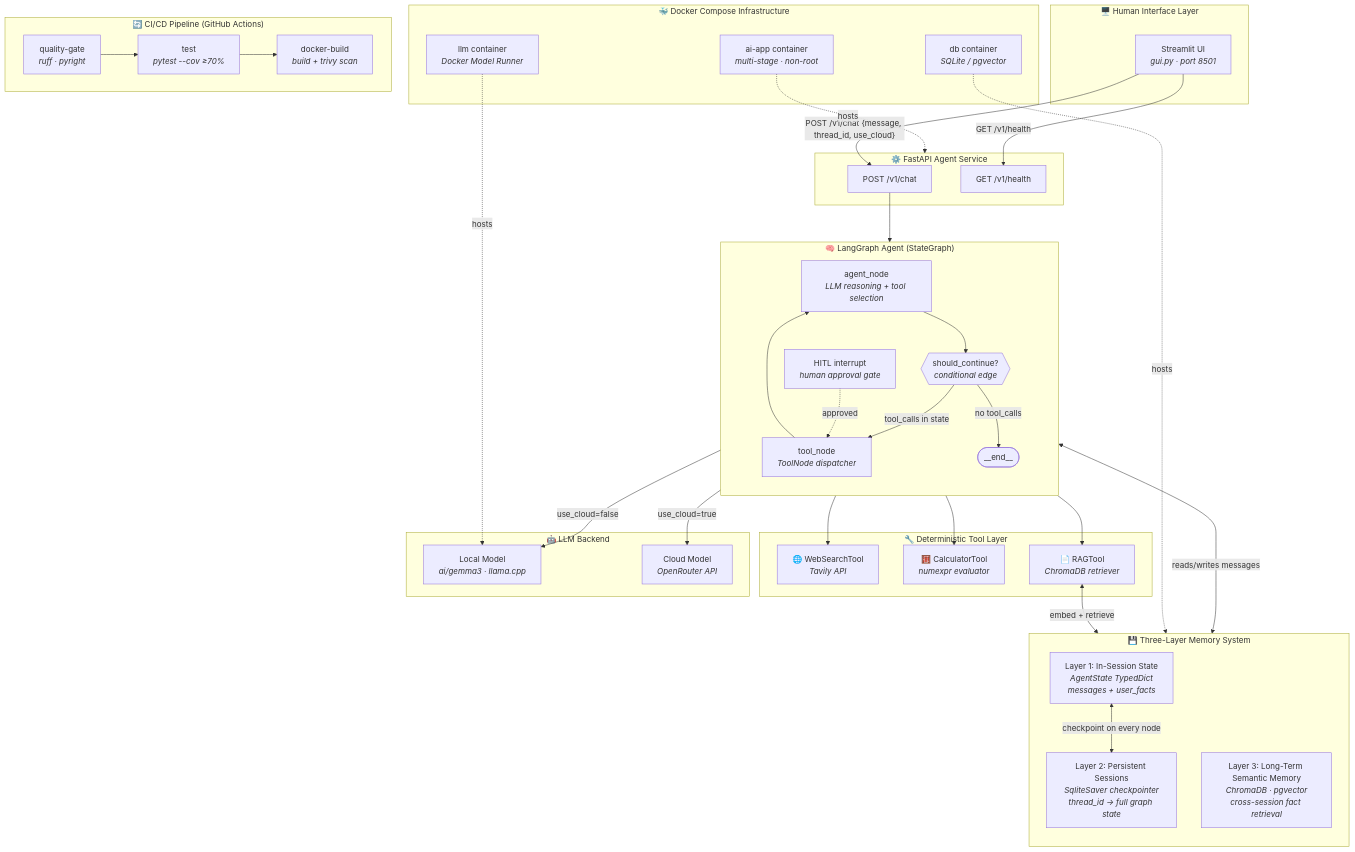
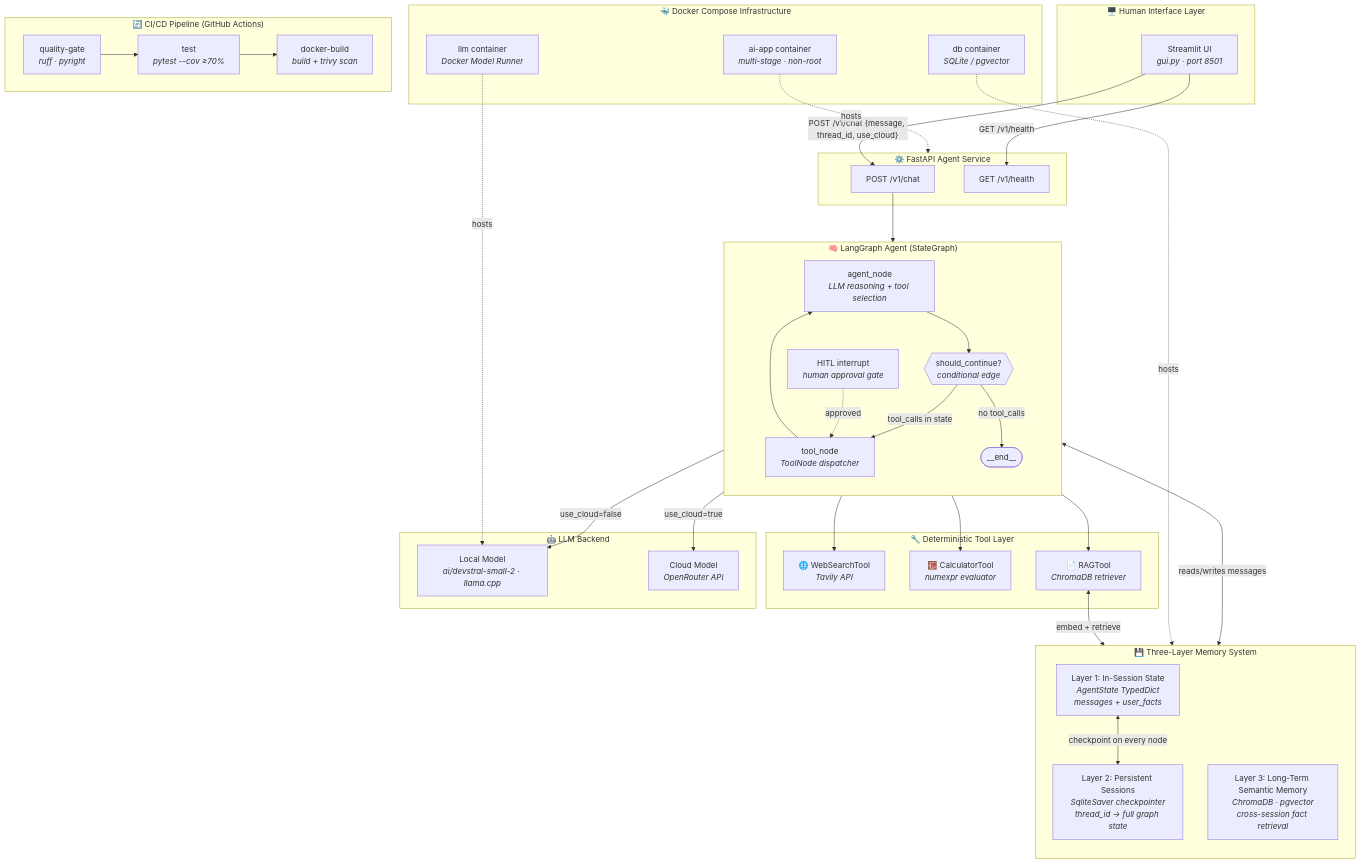
The first of 6 diagrams in reports/docs/architecture/system_design.md (SebastianGarrido2790/ai-assistant-docker-app), drawn with Mermaid before and after one commit. The commit also changed other lines of this file and 35 other files, not shown here.

````diff
--- a/reports/docs/architecture/system_design.md
+++ b/reports/docs/architecture/system_design.md
@@ -13,71 +13,71 @@
 ```mermaid
 graph TB
     subgraph UI["🖥️ Human Interface Layer"]
         ST["Streamlit UI<br/><i>gui.py · port 8501</i>"]
     end
 
     subgraph API["⚙️ FastAPI Agent Service"]
         R1["POST /v1/chat"]
         R2["GET /v1/health"]
     end
 
     subgraph AGENT["🧠 LangGraph Agent (StateGraph)"]
         direction TB
         N1["agent_node<br/><i>LLM reasoning + tool selection</i>"]
         N2["tool_node<br/><i>ToolNode dispatcher</i>"]
         N3["HITL interrupt<br/><i>human approval gate</i>"]
         CE{{"should_continue?<br/><i>conditional edge</i>"}}
 
         N1 --> CE
         CE -->|"tool_calls in state"| N2
         CE -->|"no tool_calls"| END(["__end__"])
         N2 --> N1
         N3 -.->|"approved"| N2
     end
 
     subgraph TOOLS["🔧 Deterministic Tool Layer"]
         T1["🌐 WebSearchTool<br/><i>Tavily API</i>"]
         T2["🧮 CalculatorTool<br/><i>numexpr evaluator</i>"]
         T3["📄 RAGTool<br/><i>ChromaDB retriever</i>"]
     end
 
     subgraph MEMORY["💾 Three-Layer Memory System"]
         direction TB
         M1["Layer 1: In-Session State<br/><i>AgentState TypedDict<br/>messages + user_facts</i>"]
         M2["Layer 2: Persistent Sessions<br/><i>SqliteSaver checkpointer<br/>thread_id → full graph state</i>"]
         M3["Layer 3: Long-Term Semantic Memory<br/><i>ChromaDB · pgvector<br/>cross-session fact retrieval</i>"]
     end
 
     subgraph LLM["🤖 LLM Backend"]
-        L1["Local Model<br/><i>ai/gemma3 · llama.cpp</i>"]
+        L1["Local Model<br/><i>ai/devstral-small-2 · llama.cpp</i>"]
         L2["Cloud Model<br/><i>OpenRouter API</i>"]
     end
 
     subgraph INFRA["🐳 Docker Compose Infrastructure"]
         D1["ai-app container<br/><i>multi-stage · non-root</i>"]
         D2["llm container<br/><i>Docker Model Runner</i>"]
         D3["db container<br/><i>SQLite / pgvector</i>"]
     end
 
     subgraph CICD["🔄 CI/CD Pipeline (GitHub Actions)"]
         C1["quality-gate<br/><i>ruff · pyright</i>"]
         C2["test<br/><i>pytest --cov ≥70%</i>"]
         C3["docker-build<br/><i>build + trivy scan</i>"]
         C1 --> C2 --> C3
     end
 
     ST -->|"POST /v1/chat {message, thread_id, use_cloud}"| R1
     ST -->|"GET /v1/health"| R2
     R1 --> N1
     N2 --> T1
     N2 --> T2
     N2 --> T3
     N1 <-->|"reads/writes messages"| M1
     M1 <-->|"checkpoint on every node"| M2
     T3 <-->|"embed + retrieve"| M3
     N1 -->|"use_cloud=false"| L1
     N1 -->|"use_cloud=true"| L2
     D1 -.->|"hosts"| API
     D2 -.->|"hosts"| L1
     D3 -.->|"hosts"| M2
 ```
````
